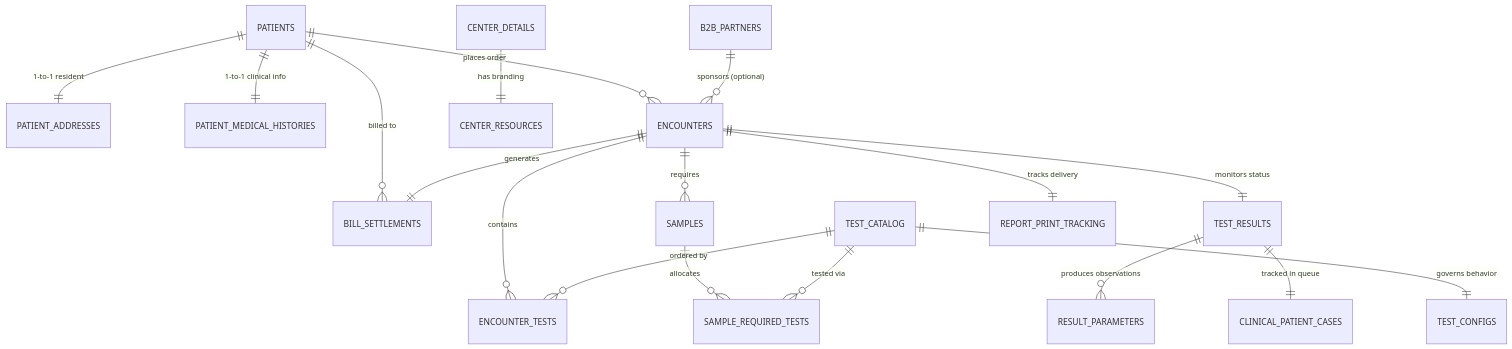
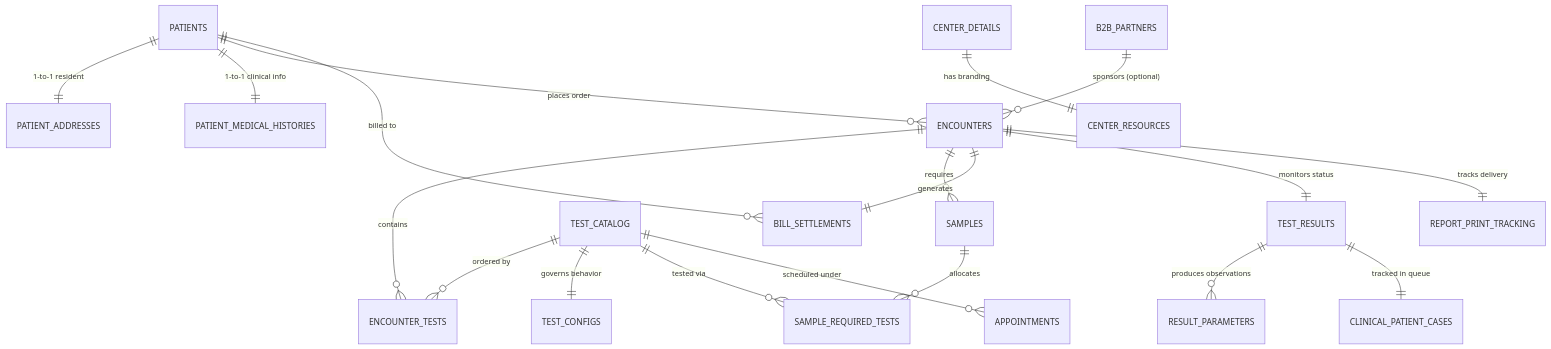
Before and after one commit to deeks-5113/DLabs: the diagram in lims_database_schema.md, drawn with Mermaid. The commit also changed other lines of this file and 13 other files, not shown here.

````diff
--- a/lims_database_schema.md
+++ b/lims_database_schema.md
@@ -13,26 +13,27 @@
 ```mermaid
 erDiagram
     PATIENTS ||--|| PATIENT_ADDRESSES : "1-to-1 resident"
     PATIENTS ||--|| PATIENT_MEDICAL_HISTORIES : "1-to-1 clinical info"
     PATIENTS ||--o{ ENCOUNTERS : "places order"
     PATIENTS ||--o{ BILL_SETTLEMENTS : "billed to"
     
     B2B_PARTNERS ||--o{ ENCOUNTERS : "sponsors (optional)"
     
     ENCOUNTERS ||--o{ ENCOUNTER_TESTS : "contains"
     TEST_CATALOG ||--o{ ENCOUNTER_TESTS : "ordered by"
     TEST_CATALOG ||--|| TEST_CONFIGS : "governs behavior"
     
     ENCOUNTERS ||--o{ SAMPLES : "requires"
     ENCOUNTERS ||--|| BILL_SETTLEMENTS : "generates"
     ENCOUNTERS ||--|| TEST_RESULTS : "monitors status"
     ENCOUNTERS ||--|| REPORT_PRINT_TRACKING : "tracks delivery"
     
     SAMPLES ||--o{ SAMPLE_REQUIRED_TESTS : "allocates"
     TEST_CATALOG ||--o{ SAMPLE_REQUIRED_TESTS : "tested via"
     
     TEST_RESULTS ||--o{ RESULT_PARAMETERS : "produces observations"
     TEST_RESULTS ||--|| CLINICAL_PATIENT_CASES : "tracked in queue"
     
     CENTER_DETAILS ||--|| CENTER_RESOURCES : "has branding"
+    TEST_CATALOG ||--o{ APPOINTMENTS : "scheduled under"
 ```
````
